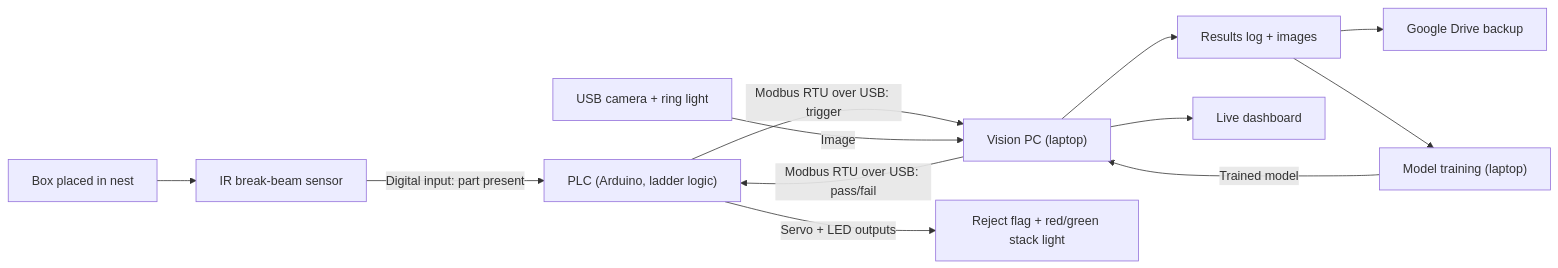
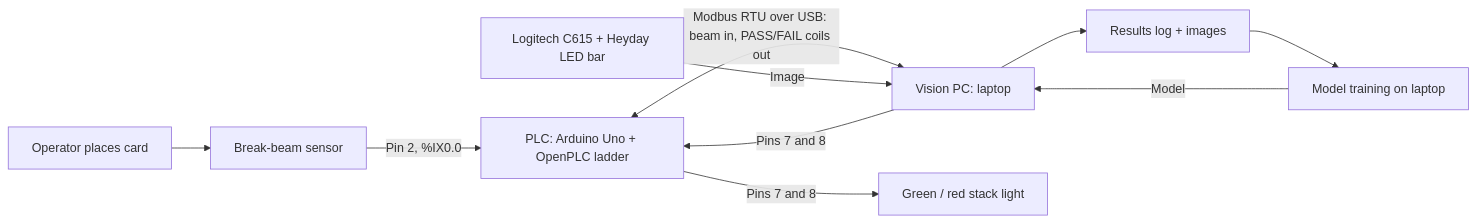
The diagram in docs/design/system_architecture.md (Vic-Wele/label-inspection-station), drawn with Mermaid before and after one commit. The commit also changed other lines of this file and 2 other files, not shown here.

Commit message:
Docs: requirements, I/O map and architecture match the final station

````diff
--- a/docs/design/system_architecture.md
+++ b/docs/design/system_architecture.md
@@ -5,14 +5,12 @@
 ```mermaid
 flowchart LR
-    Box["Box placed in nest"] --> Beam["IR break-beam sensor"]
-    Beam -->|"Digital input: part present"| PLC["PLC (Arduino, ladder logic)"]
-    PLC -->|"Modbus RTU over USB: trigger"| PC["Vision PC (laptop)"]
-    Cam["USB camera + ring light"] -->|"Image"| PC
-    PC -->|"Modbus RTU over USB: pass/fail"| PLC
-    PLC -->|"Servo + LED outputs"| Servo["Reject flag + red/green stack light"]
+    Op["Operator places card"] --> Beam["Break-beam sensor"]
+    Beam -->|"Pin 2, %IX0.0"| PLC["PLC: Arduino Uno + OpenPLC ladder"]
+    PLC <-->|"Modbus RTU over USB: beam in, PASS/FAIL coils out"| PC["Vision PC: laptop"]
+    Cam["Logitech C615 + Heyday LED bar"] -->|"Image"| PC
+    PC -->|"Pins 7 and 8"| PLC
+    PLC -->|"Pins 7 and 8"| Light["Green / red stack light"]
     PC --> Log["Results log + images"]
-    Log --> Drive["Google Drive backup"]
-    Log --> Train["Model training (laptop)"]
-    Train -->|"Trained model"| PC
-    PC --> Dash["Live dashboard"]
+    Log --> Train["Model training on laptop"]
+    Train -->|"Model"| PC
 ```
````
